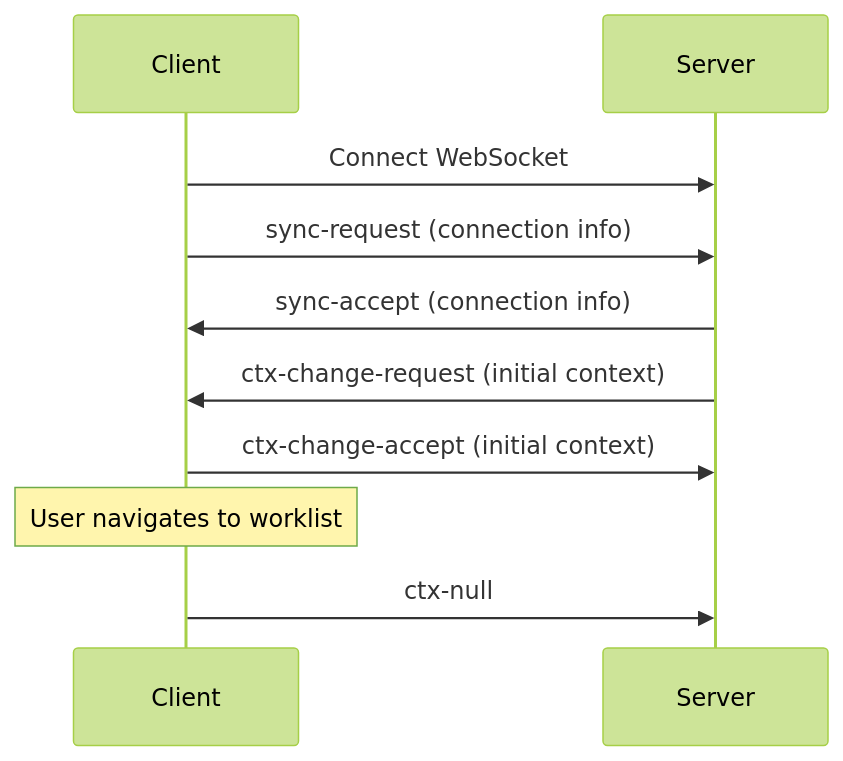
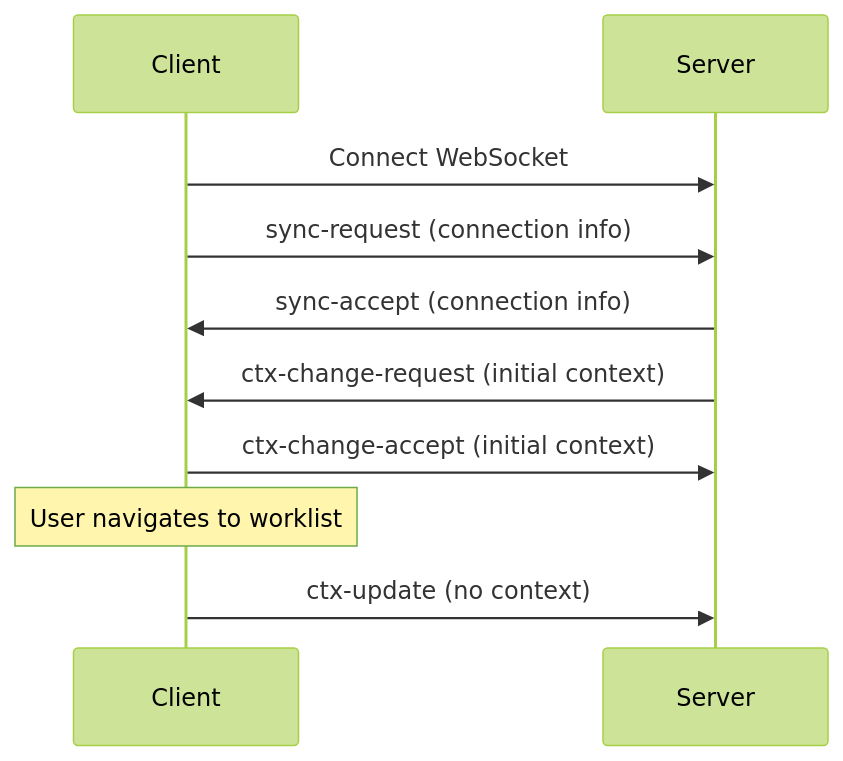
One commit to Techcyte/context-sync changed diagram 11 of 13 in README.md. Above: the diagram before and after it, drawn with Mermaid (forest theme). The commit also changed other lines of this file and 4 other files, not shown here.

Commit message:
Add ctx-update, ctx-update-request messages. Removed ctx-null, and sync error. Update sameple code and README.

````diff
--- a/README.md
+++ b/README.md
@@ -426,13 +451,13 @@
 ```mermaid
 sequenceDiagram
     participant Client
     participant Server
-    
+
     Client->>Server: Connect WebSocket
     Client->>Server: sync-request (connection info)
     Server->>Client: sync-accept (connection info)
     Server->>Client: ctx-change-request (initial context)
     Client->>Server: ctx-change-accept (initial context)
     Note over Client: User navigates to worklist
-    Client->>Server: ctx-null
+    Client->>Server: ctx-update (no context)
 ```
````
